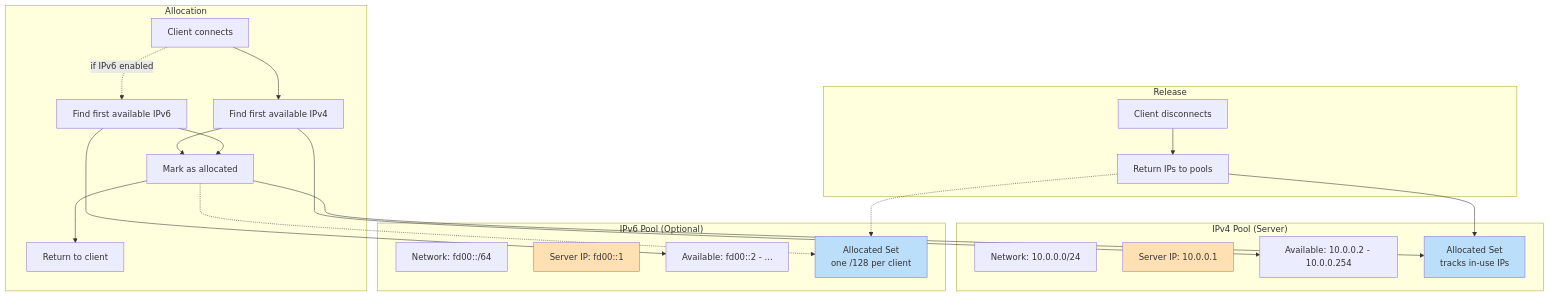
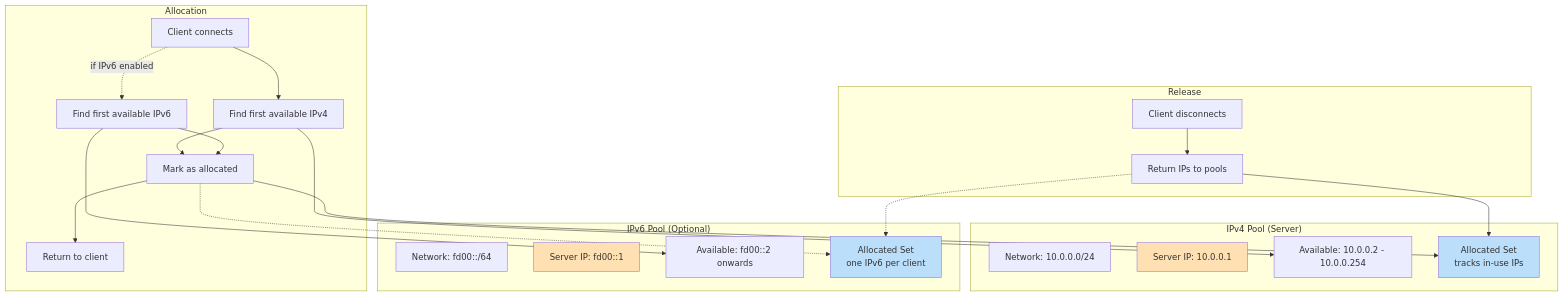
Diagram 14 of 43 in docs/ARCHITECTURE.md (andrewtheguy/vpn-rs), drawn with Mermaid before and after one commit. The commit also changed other lines of this file, not shown here.

Commit message:
fix: clarify IPv6 address allocation details in architecture documentation

````diff
--- a/docs/ARCHITECTURE.md
+++ b/docs/ARCHITECTURE.md
@@ -569,48 +569,48 @@
 ```mermaid
 graph TB
     subgraph "IPv4 Pool (Server)"
         A[Network: 10.0.0.0/24]
         B[Server IP: 10.0.0.1]
         C[Available: 10.0.0.2 - 10.0.0.254]
         D[Allocated Set<br/>tracks in-use IPs]
     end
 
     subgraph "IPv6 Pool (Optional)"
         A6[Network: fd00::/64]
         B6[Server IP: fd00::1]
-        C6[Available: fd00::2 - ...]
-        D6[Allocated Set<br/>one /128 per client]
+        C6[Available: fd00::2 onwards]
+        D6[Allocated Set<br/>one IPv6 per client]
     end
 
     subgraph "Allocation"
         E[Client connects]
         F[Find first available IPv4]
         F6[Find first available IPv6]
         G[Mark as allocated]
         H[Return to client]
     end
 
     subgraph "Release"
         I[Client disconnects]
         J[Return IPs to pools]
     end
 
     E --> F
     E -.->|if IPv6 enabled| F6
     F --> C
     F6 --> C6
     F --> G
     F6 --> G
     G --> D
     G -.-> D6
     G --> H
 
     I --> J
     J --> D
     J -.-> D6
 
     style B fill:#FFE0B2
     style B6 fill:#FFE0B2
     style D fill:#BBDEFB
     style D6 fill:#BBDEFB
 ```
````
